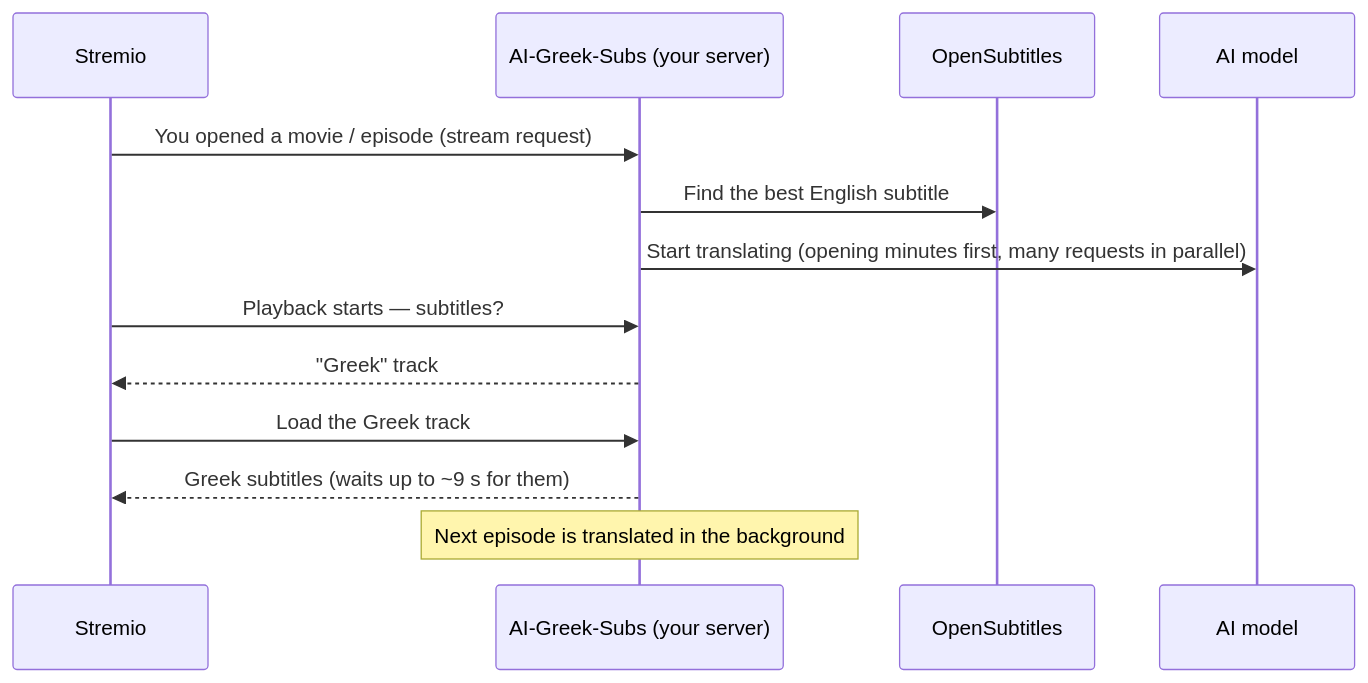
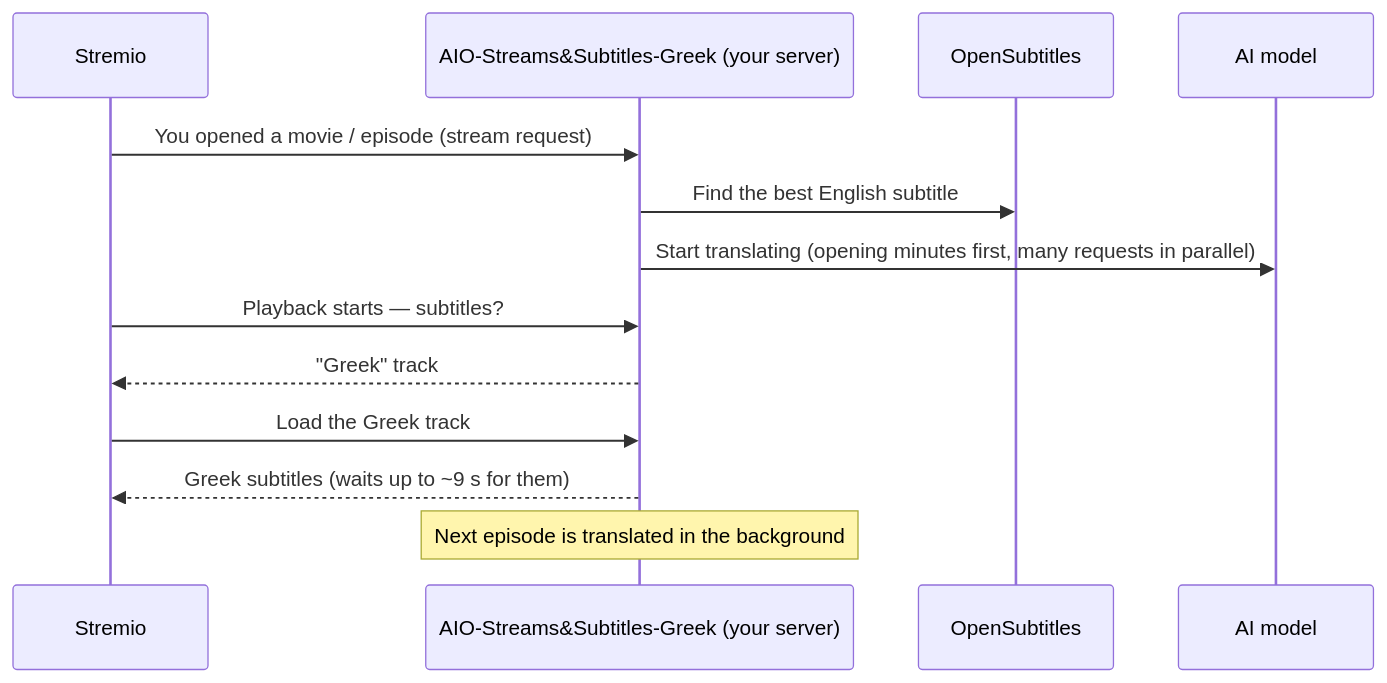
Before and after one commit to jfle/AI-Greek-Subs-FLETOURIS: the diagram in README.md, drawn with Mermaid. The commit also changed other lines of this file and 21 other files, not shown here.

First line of the commit message:
v2.0.0: AIO-Streams&Subtitles-Greek — subtitle addon + bundled AIOStreams

````diff
--- a/README.md
+++ b/README.md
@@ -62,15 +77,15 @@
 ```mermaid
 sequenceDiagram
     participant S as Stremio
-    participant A as AI-Greek-Subs (your server)
+    participant A as AIO-Streams&Subtitles-Greek (your server)
     participant O as OpenSubtitles
     participant M as AI model
     S->>A: You opened a movie / episode (stream request)
     A->>O: Find the best English subtitle
     A->>M: Start translating (opening minutes first, many requests in parallel)
     S->>A: Playback starts — subtitles?
     A-->>S: "Greek" track
     S->>A: Load the Greek track
     A-->>S: Greek subtitles (waits up to ~9 s for them)
     Note over A: Next episode is translated in the background
 ```
````
